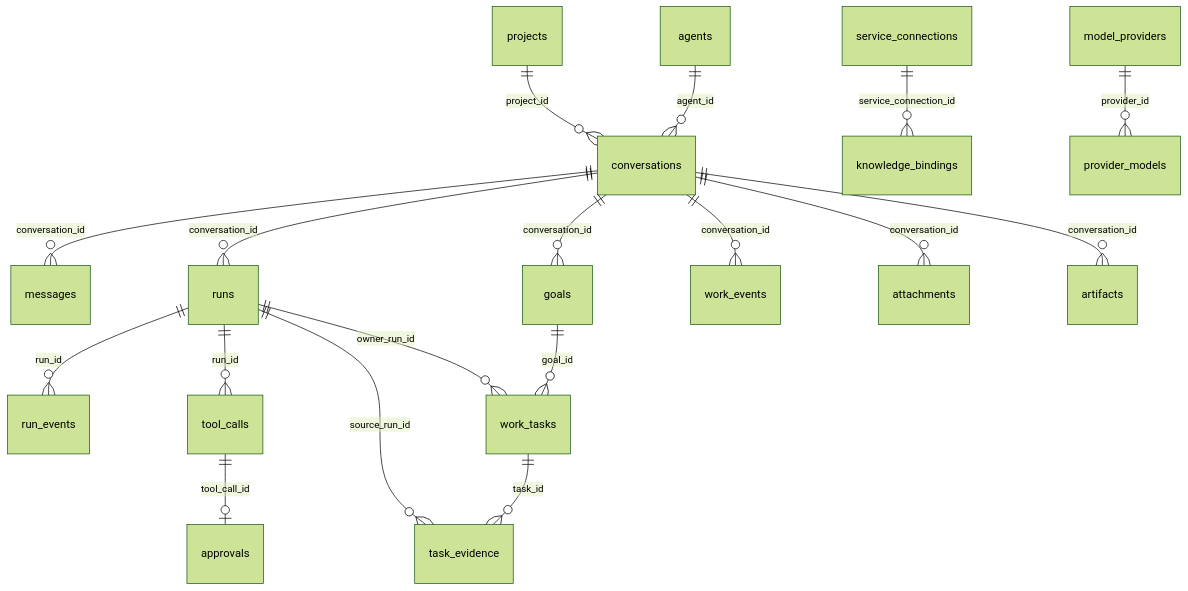
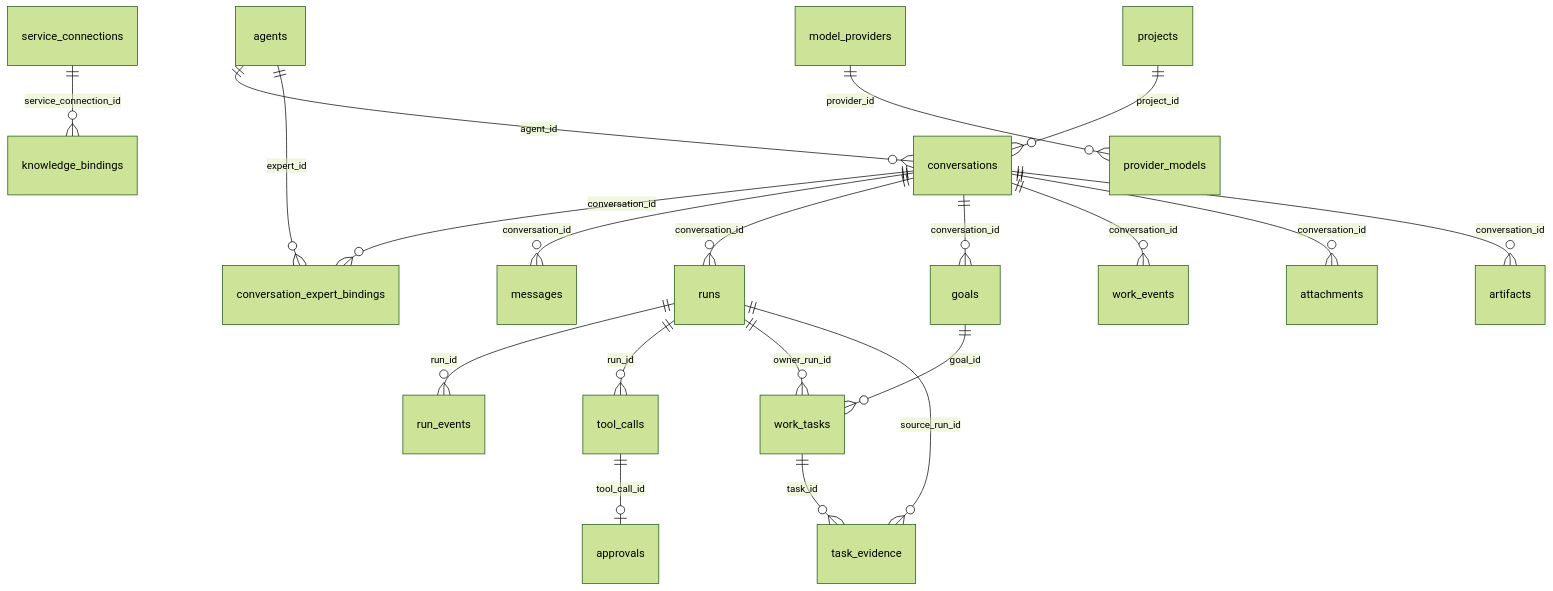
Before and after one commit to Hry1729/Fox-Agent: the diagram in docs/04-技术参考/数据库结构.md, drawn with Mermaid (forest theme). The commit also changed other lines of this file and 1702 other files, not shown here.

````diff
--- a/docs/04-技术参考/数据库结构.md
+++ b/docs/04-技术参考/数据库结构.md
@@ -50,20 +52,22 @@
 ```mermaid
 erDiagram
     agents ||--o{ conversations : agent_id
+    agents ||--o{ conversation_expert_bindings : expert_id
+    conversations ||--o{ conversation_expert_bindings : conversation_id
     projects ||--o{ conversations : project_id
     conversations ||--o{ messages : conversation_id
     conversations ||--o{ runs : conversation_id
     runs ||--o{ run_events : run_id
     runs ||--o{ tool_calls : run_id
     conversations ||--o{ goals : conversation_id
     goals ||--o{ work_tasks : goal_id
     work_tasks ||--o{ task_evidence : task_id
     conversations ||--o{ work_events : conversation_id
     runs ||--o{ work_tasks : owner_run_id
     runs ||--o{ task_evidence : source_run_id
     tool_calls ||--o| approvals : tool_call_id
     conversations ||--o{ attachments : conversation_id
     conversations ||--o{ artifacts : conversation_id
     service_connections ||--o{ knowledge_bindings : service_connection_id
     model_providers ||--o{ provider_models : provider_id
 ```
````
